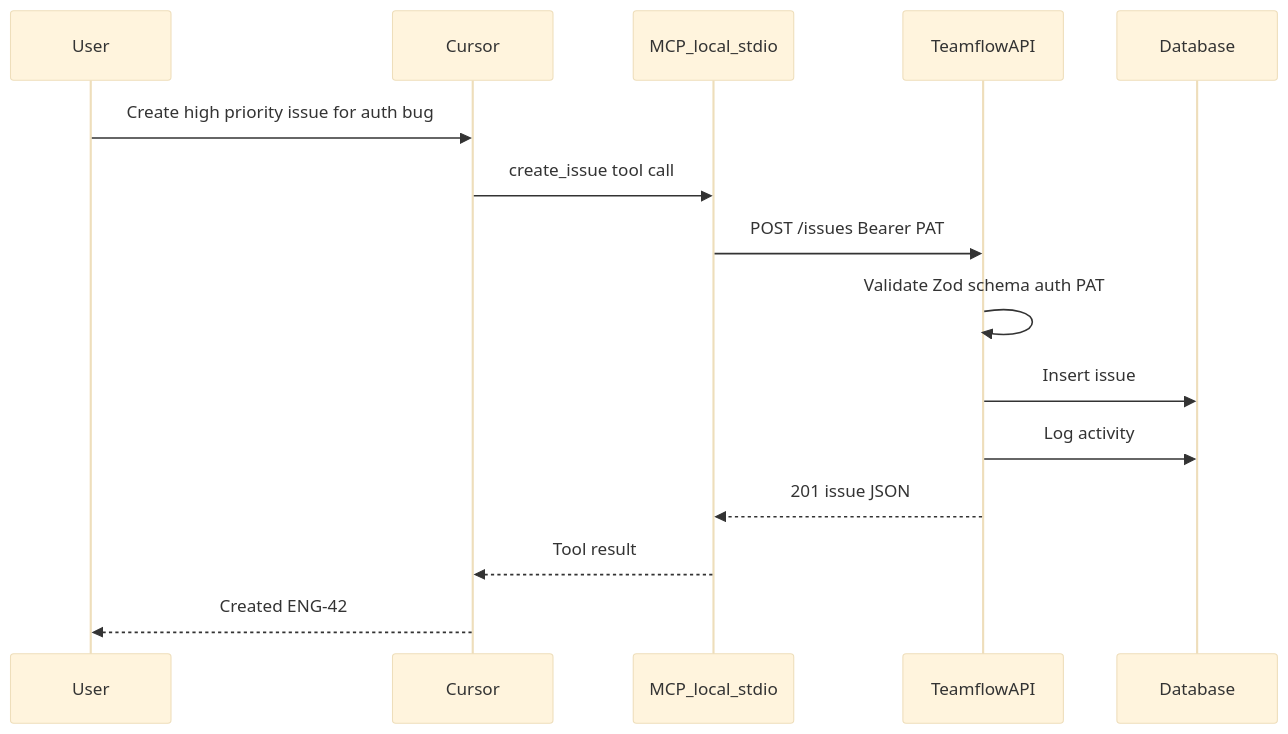
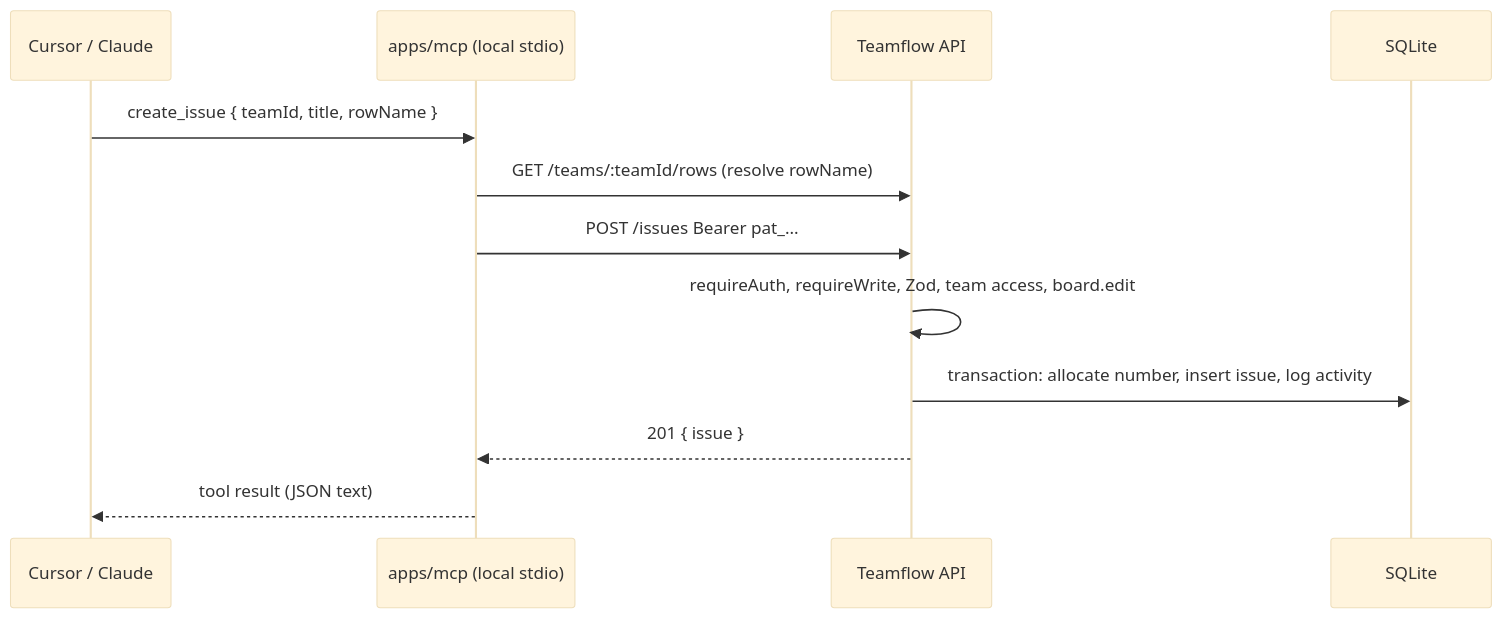
The third of 4 diagrams in docs/ARCHITECTURE.md (mrcool5556/teamflow), drawn with Mermaid (base theme) before and after one commit. The commit also changed other lines of this file, not shown here.

First line of the commit message:
Docs: rewrite ARCHITECTURE.md for the split server and web

````diff
--- a/docs/ARCHITECTURE.md
+++ b/docs/ARCHITECTURE.md
@@ -28,18 +143,14 @@
 ```mermaid
 sequenceDiagram
-  participant User
-  participant Cursor
-  participant MCP as MCP_local_stdio
-  participant API as TeamflowAPI
-  participant DB as Database
-
-  User->>Cursor: Create high priority issue for auth bug
-  Cursor->>MCP: create_issue tool call
-  MCP->>API: POST /issues Bearer PAT
-  API->>API: Validate Zod schema auth PAT
-  API->>DB: Insert issue
-  API->>DB: Log activity
-  API-->>MCP: 201 issue JSON
-  MCP-->>Cursor: Tool result
-  Cursor-->>User: Created ENG-42
+  participant AI as Cursor / Claude
+  participant MCP as apps/mcp (local stdio)
+  participant API as Teamflow API
+  participant DB as SQLite
+  AI->>MCP: create_issue { teamId, title, rowName }
+  MCP->>API: GET /teams/:teamId/rows (resolve rowName)
+  MCP->>API: POST /issues  Bearer pat_...
+  API->>API: requireAuth, requireWrite, Zod, team access, board.edit
+  API->>DB: transaction: allocate number, insert issue, log activity
+  API-->>MCP: 201 { issue }
+  MCP-->>AI: tool result (JSON text)
 ```
````
